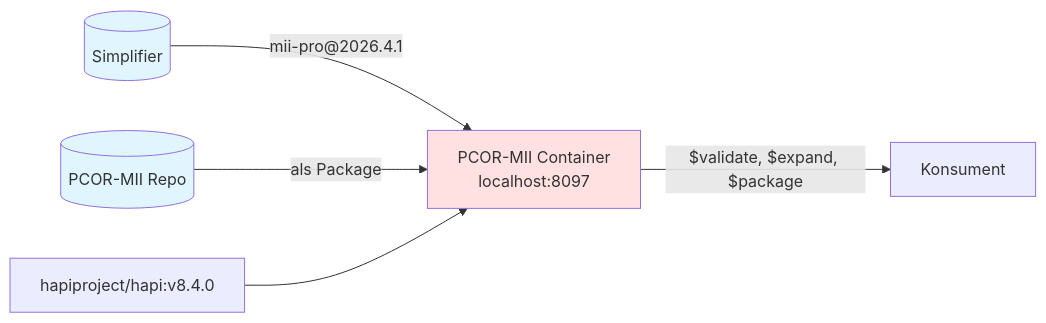
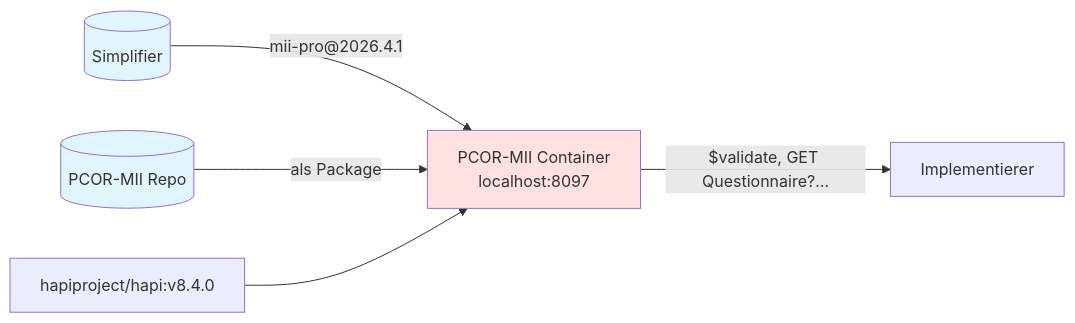
The first of 2 diagrams in input/pagecontent/Bereitstellung.md (BIH-CEI/PCOR-MII), drawn with Mermaid before and after one commit. The commit also changed other lines of this file, not shown here.

First line of the commit message:
docs(bereitstellung): Re-Fokus auf Implementierer-Konsum der Definitionen

````diff
--- a/input/pagecontent/Bereitstellung.md
+++ b/input/pagecontent/Bereitstellung.md
@@ -7,11 +18,11 @@
 ```mermaid
 flowchart LR
     SIMPLIFIER[("Simplifier")] -->|"mii-pro@2026.4.1"| HAPI
     REPO[("PCOR-MII Repo")] -->|"als Package"| HAPI
     HAPI_BASE["hapiproject/hapi:v8.4.0"] --> HAPI["PCOR-MII Container<br/>localhost:8097"]
-    HAPI -->|"$validate, $expand, $package"| CLIENT["Konsument"]
+    HAPI -->|"$validate, GET Questionnaire?…"| CLIENT["Implementierer"]
 
     style HAPI fill:#ffe1e1
     style SIMPLIFIER fill:#e1f5ff
     style REPO fill:#e1f5ff
 ```
````
